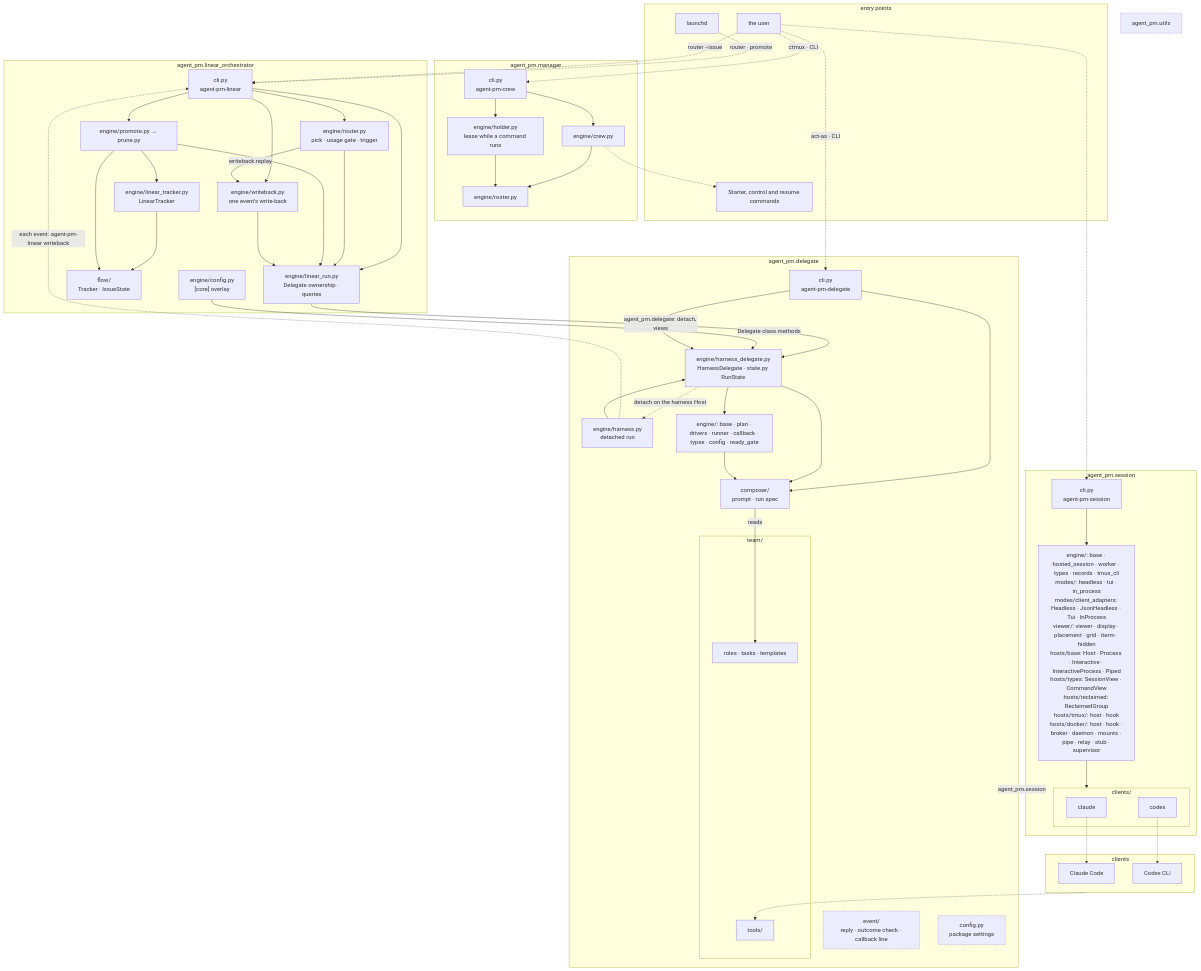
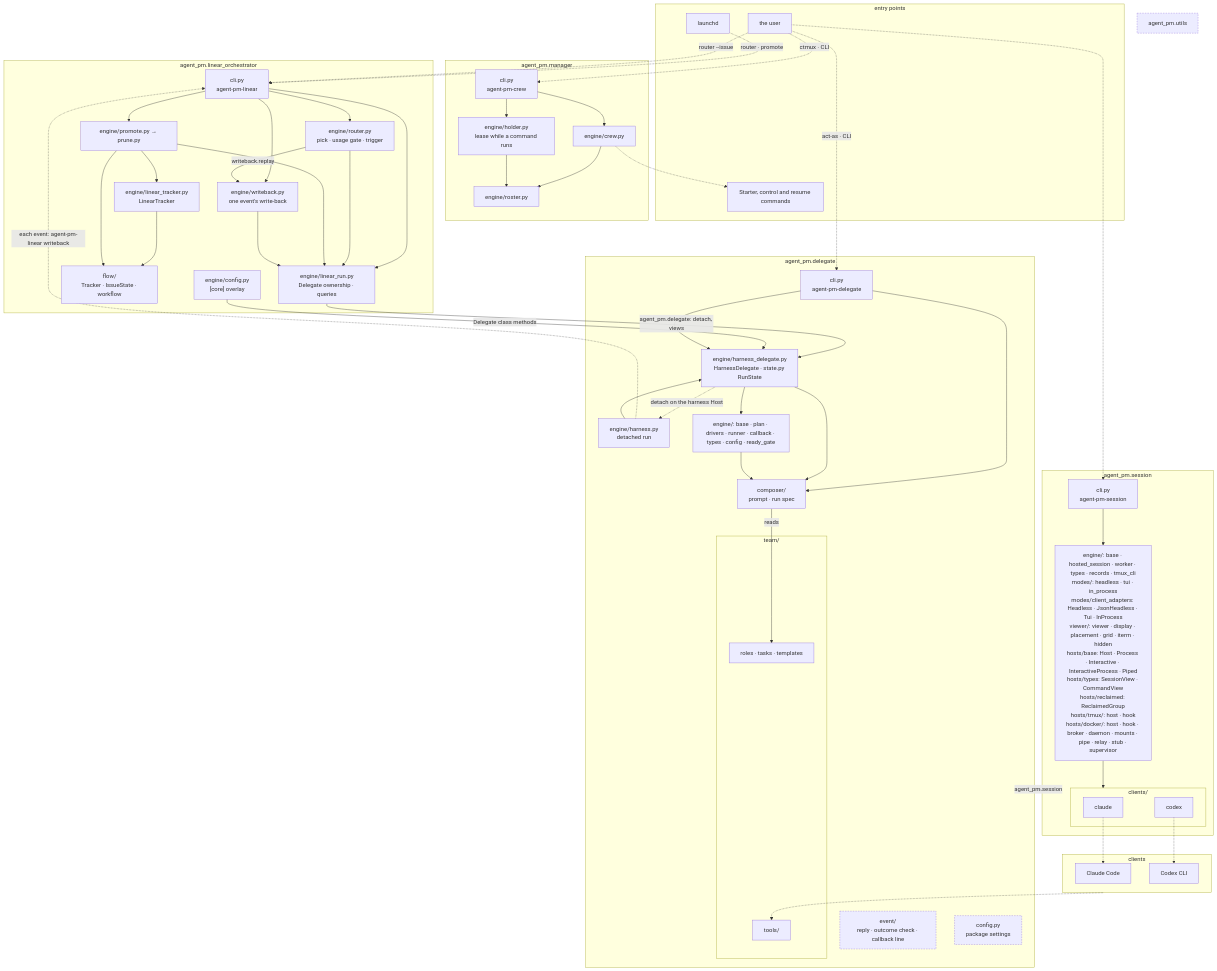
One commit to ophis/agent-pm changed the diagram in docs/architecture.md. Above: the diagram before and after it, drawn with Mermaid. The commit also changed 13 other files, not shown here.

Commit message:
feat(orchestrator): flow data comes from the packaged default workflow

````diff
--- a/docs/architecture.md
+++ b/docs/architecture.md
@@ -5,76 +5,76 @@
 ```mermaid
 flowchart TB
   subgraph EN[entry points]
     LD[launchd]
     HU[the user]
     CC[Starter, control and resume commands]
   end
   subgraph MG[agent_pm.manager]
     MC["cli.py<br>agent-pm-crew"] --> W["engine/crew.py"] --> RS["engine/roster.py"]
     MC --> HO["engine/holder.py<br>lease while a command runs"] --> RS
   end
   subgraph LO[agent_pm.linear_orchestrator]
     LCLI["cli.py<br>agent-pm-linear"]
     R["engine/router.py<br>pick · usage gate · trigger"]
     LR["engine/linear_run.py<br>Delegate ownership · queries"]
     WB["engine/writeback.py<br>one event's write-back"]
     PP["engine/promote.py → prune.py"]
     LT["engine/linear_tracker.py<br>LinearTracker"]
-    FL["flow/<br>Tracker · IssueState"]
+    FL["flow/<br>Tracker · IssueState · workflow"]
     LC["engine/config.py<br>[core] overlay"]
   end
   subgraph DL[agent_pm.delegate]
     D["cli.py<br>agent-pm-delegate"]
     HD["engine/harness_delegate.py<br>HarnessDelegate · state.py RunState"]
     H["engine/harness.py<br>detached run"]
     E["engine/: base · plan · drivers · runner · callback · types · config · ready_gate"]
     C["composer/<br>prompt · run spec"]
     EV["event/<br>reply · outcome check · callback line"]
     CF["config.py<br>package settings"]
     subgraph TM[team/]
       T["roles · tasks · templates"]
       AT[tools/]
     end
   end
   subgraph SE[agent_pm.session]
     SC["cli.py<br>agent-pm-session"]
     DR["engine/: base · hosted_session · worker · types · records · tmux_cli<br>modes/: headless · tui · in_process<br>modes/client_adapters: Headless · JsonHeadless · Tui · InProcess<br>viewer/: viewer · display · placement · grid · iterm · hidden<br>hosts/base: Host · Process · Interactive · InteractiveProcess · Piped<br>hosts/types: SessionView · CommandView<br>hosts/reclaimed: ReclaimedGroup<br>hosts/tmux/: host · hook<br>hosts/docker/: host · hook · broker · daemon · mounts · pipe · relay · stub · supervisor"]
     subgraph AD[clients/]
       CL[claude]
       CX[codex]
     end
   end
   U[agent_pm.utils]
   subgraph RT[clients]
     P1[Claude Code]
     P2[Codex CLI]
   end
   LD -.->|"router · promote"| LCLI
   HU -.->|"router --issue"| LCLI
   HU -.->|"act-as · CLI"| D
   HU -.->|"ctmux · CLI"| MC
   HU -.-> SC
   SC --> DR
   LCLI --> R & PP & WB & LR
   R & PP & WB --> LR
   PP --> LT --> FL
   PP --> FL
   R -->|"writeback.replay"| WB
   LR -->|"agent_pm.delegate: detach, views"| HD
   H -.->|"each event: agent-pm-linear writeback"| LCLI
   LC -->|"Delegate class methods"| HD
   W -.-> CC
   D & H --> HD
   D --> C
   HD -.->|"detach on the harness Host"| H
   HD --> E & C
   E --> C
   DL -->|agent_pm.session| SE
   C -->|reads| T
   DR --> AD
   CL -.-> P1
   CX -.-> P2
   RT -.-> AT
   classDef shared stroke-dasharray: 4 3
   class EV,U,CF shared
 ```
````
